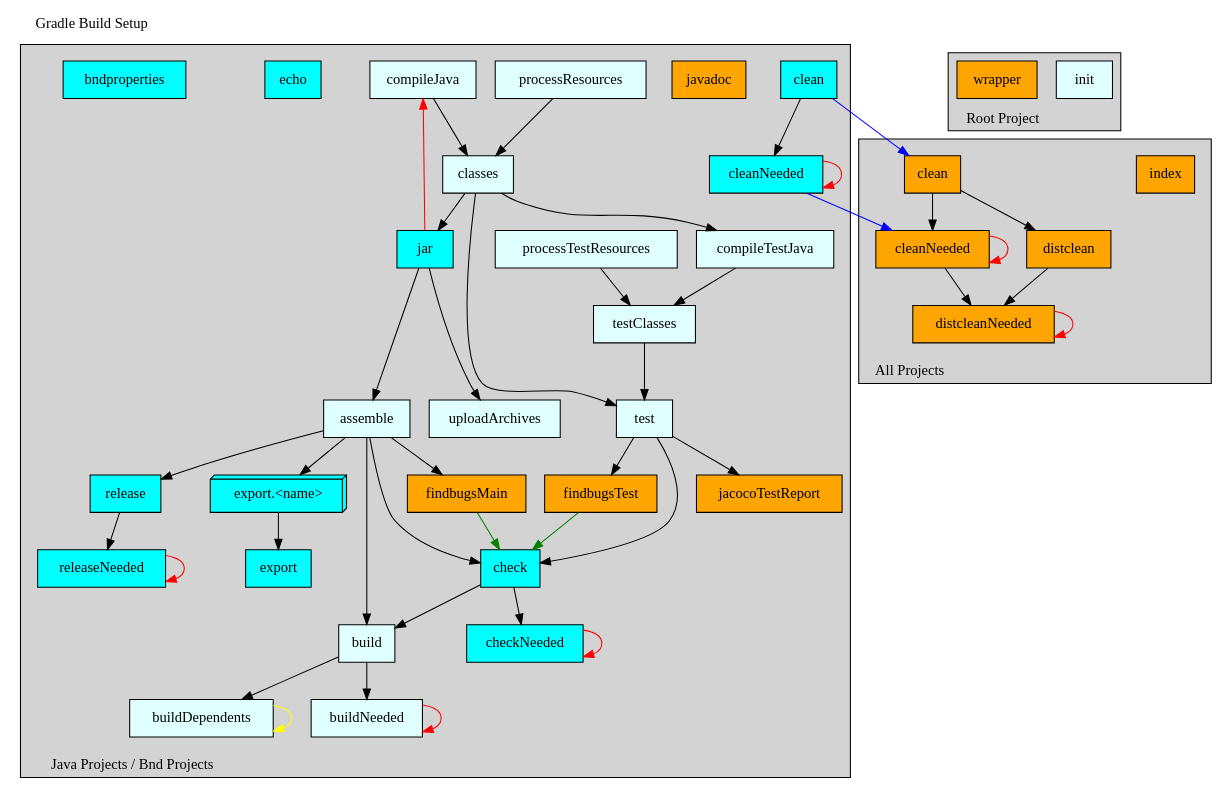
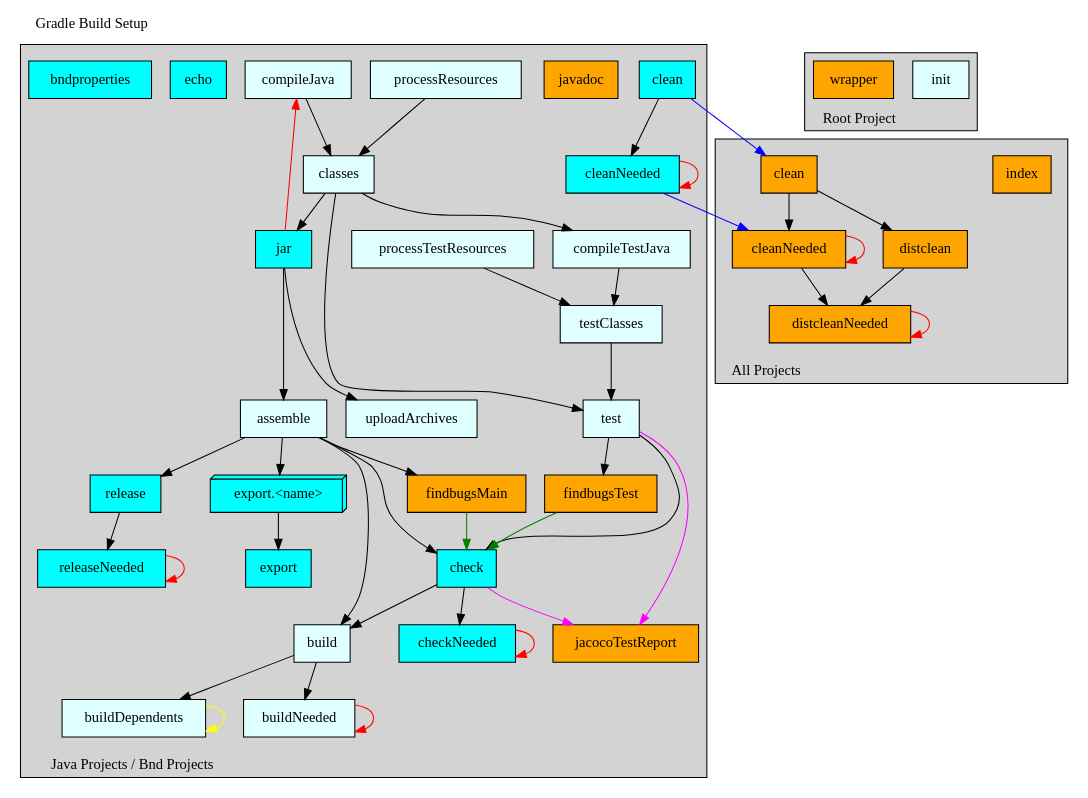
Before and after one commit to peterkir/musicTreePrograms: the diagram in cnf/gradle/doc/template.dot, drawn with Graphviz. The commit also changed 6 other files, not shown here.

```diff
--- a/cnf/gradle/doc/template.dot
+++ b/cnf/gradle/doc/template.dot
@@ -1,192 +1,193 @@
 /*
  * WARNING
  *
  * This file should not be edited.
  *
  * GNU Free Documentation License
  * Version 1.3, 3 November 2008
  *
  * See the BUILDING-GRADLE.md document in the root project for more details.
  *
  * To create an SVG diagram from this file, install graphviz and run:
  *   dot -Tsvg "$1.dot" -o "$1.svg"   (on a Linux   machine)
  *   dot -Tsvg "%1.dot" -o "%1.svg"   (on a Windows machine)
  */
 
 
 digraph GradleSetup {
   label="Gradle Build Setup"
   labelloc=t
   labeljust=l
 
   subgraph cluster1 {
     label="Java Projects / Bnd Projects";
     labelloc=b
     labeljust=l
     style=filled;
     fillcolor=lightgrey;
     color=black;
 
     subgraph cluster101 {
       label="";
       style=invis;
       compileJava          [shape=box, style=filled, fillcolor=lightcyan, label="compileJava"         ]
       processResources     [shape=box, style=filled, fillcolor=lightcyan, label="processResources"    ]
       classes              [shape=box, style=filled, fillcolor=lightcyan, label="classes"             ]
     }
 
     subgraph cluster102 {
       label="";
       style=invis;
       jar                  [shape=box, style=filled, fillcolor=cyan     , label="jar"                 ]
     }
 
     subgraph cluster103 {
       label="";
       style=invis;
       compileTestJava      [shape=box, style=filled, fillcolor=lightcyan, label="compileTestJava"     ]
       processTestResources [shape=box, style=filled, fillcolor=lightcyan, label="processTestResources"]
       testClasses          [shape=box, style=filled, fillcolor=lightcyan, label="testClasses"         ]
     }
 
     subgraph cluster104 {
       label="";
       style=invis;
       test                 [shape=box, style=filled, fillcolor=lightcyan, label="test"                ]
     }
 
     subgraph cluster105 {
       label="";
       style=invis;
       uploadArchives       [shape=box, style=filled, fillcolor=lightcyan, label="uploadArchives"      ]
       assemble             [shape=box, style=filled, fillcolor=lightcyan, label="assemble"            ]
     }
 
     subgraph cluster106 {
       label="";
       style=invis;
       check                [shape=box, style=filled, fillcolor=cyan     , label="check"               ]
       checkNeeded          [shape=box, style=filled, fillcolor=cyan     , label="checkNeeded"         ]
     }
 
     subgraph cluster107 {
       label="";
       style=invis;
       release              [shape=box, style=filled, fillcolor=cyan     , label="release"             ]
       releaseNeeded        [shape=box, style=filled, fillcolor=cyan     , label="releaseNeeded"       ]
     }
 
     subgraph cluster108 {
       label="";
       style=invis;
       exportX              [shape=box3d, style=filled, fillcolor=cyan   , label="export.<name>"       ]
       export               [shape=box  , style=filled, fillcolor=cyan   , label="export"              ]
     }
 
     subgraph cluster109 {
       label="";
       style=invis;
       build                [shape=box, style=filled, fillcolor=lightcyan, label="build"               ]
       buildDependents      [shape=box, style=filled, fillcolor=lightcyan, label="buildDependents"     ]
       buildNeeded          [shape=box, style=filled, fillcolor=lightcyan, label="buildNeeded"         ]
     }
 
     subgraph cluster110 {
       label="";
       style=invis;
       findbugsMain         [shape=box, style=filled, fillcolor=orange   , label="findbugsMain"        ]
       findbugsTest         [shape=box, style=filled, fillcolor=orange   , label="findbugsTest"        ]
     }
 
     javadoc                [shape=box, style=filled, fillcolor=orange   , label="javadoc"             ]
 
     clean                  [shape=box, style=filled, fillcolor=cyan     , label="clean"               ]
     cleanNeeded            [shape=box, style=filled, fillcolor=cyan     , label="cleanNeeded"         ]
     echo                   [shape=box, style=filled, fillcolor=cyan     , label="echo"                ]
     bndproperties          [shape=box, style=filled, fillcolor=cyan     , label="bndproperties"       ]
     jacocoTestReport       [shape=box, style=filled, fillcolor=orange   , label="jacocoTestReport"    ]
 
     compileJava            -> classes
     processResources       -> classes
     classes                -> compileTestJava
     classes                -> jar
     classes                -> test
     compileTestJava        -> testClasses
     processTestResources   -> testClasses
     jar                    -> uploadArchives
     jar                    -> assemble
     testClasses            -> test
     assemble               -> build
     assemble               -> check
     test                   -> check
     check                  -> checkNeeded
     checkNeeded            -> checkNeeded        [color=red   ]
     check                  -> build
     build                  -> buildDependents
     buildDependents        -> buildDependents    [color=yellow]
     build                  -> buildNeeded
     buildNeeded            -> buildNeeded        [color=red   ]
 
     jar                    -> compileJava        [color=red   ]
     assemble               -> release
     assemble               -> exportX
     exportX                -> export
     release                -> releaseNeeded
     releaseNeeded          -> releaseNeeded      [color=red   ]
     clean                  -> cleanNeeded
     cleanNeeded            -> cleanNeeded        [color=red   ]
 
     assemble               -> findbugsMain
     test                   -> findbugsTest
     findbugsMain           -> check              [color=green ]
     findbugsTest           -> check              [color=green ]
-    test                   -> jacocoTestReport
+    test                   -> jacocoTestReport   [color=magenta]
+    check                  -> jacocoTestReport   [color=magenta]
   }
 
 
   subgraph cluster2 {
     label="All Projects";
     labelloc=b
     labeljust=l
     style=filled;
     fillcolor=lightgrey;
     color=black;
 
     subgraph cluster201 {
       label="";
       style=invis;
       index                [shape=box, style=filled, fillcolor=orange   , label="index"               ]
     }
 
     subgraph cluster202 {
       label="";
       style=invis;
       cleanAll             [shape=box, style=filled, fillcolor=orange   , label="clean"               ]
       cleanAllNeeded       [shape=box, style=filled, fillcolor=orange   , label="cleanNeeded"         ]
       distclean            [shape=box, style=filled, fillcolor=orange   , label="distclean"           ]
       distcleanNeeded      [shape=box, style=filled, fillcolor=orange   , label="distcleanNeeded"     ]
     }
 
     clean                  -> cleanAll           [color=blue  ]
     cleanNeeded            -> cleanAllNeeded     [color=blue  ]
     cleanAll               -> cleanAllNeeded
     cleanAll               -> distclean
     cleanAllNeeded         -> cleanAllNeeded     [color=red   ]
     cleanAllNeeded         -> distcleanNeeded
     distclean              -> distcleanNeeded
     distcleanNeeded        -> distcleanNeeded    [color=red   ]
   }
 
 
   subgraph cluster3 {
     label="Root Project";
     labelloc=b
     labeljust=l
     style=filled;
     fillcolor=lightgrey;
     color=black;
 
     init                   [shape=box, style=filled, fillcolor=lightcyan, label="init"                ]
     wrapper                [shape=box, style=filled, fillcolor=orange   , label="wrapper"             ]
   }
 }
```
